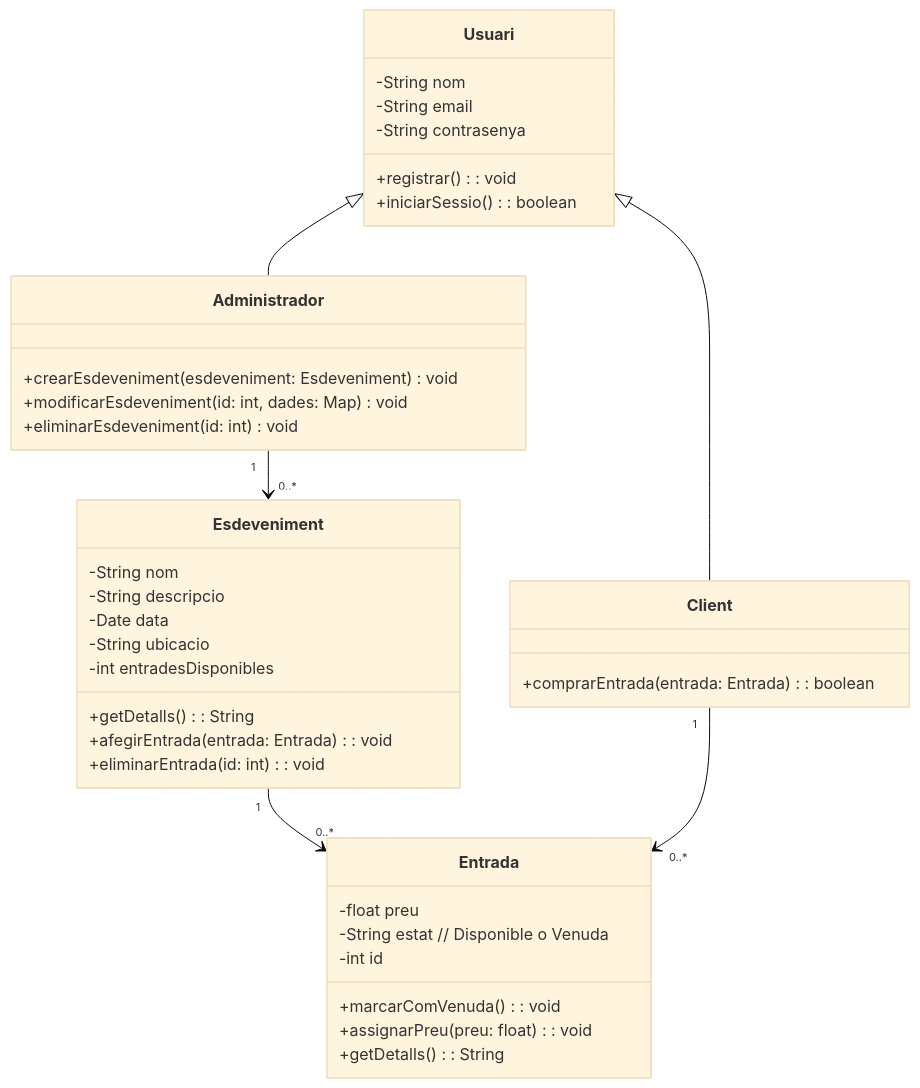
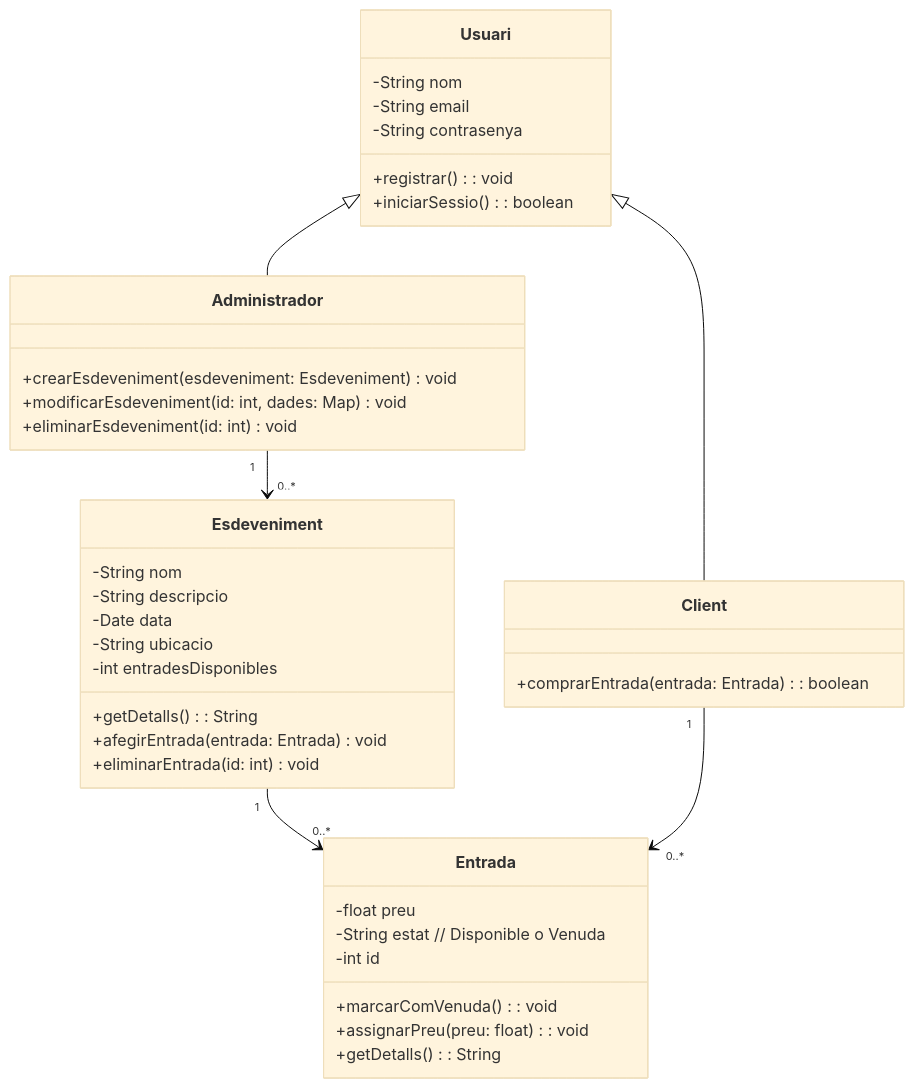
The diagram in AppGestioEntrades.mermaid (Ruben2006676/TapatApp), drawn with Mermaid (base theme) before and after one commit.

Commit message:
AppGestioEntrades.mermaid

```diff
--- a/AppGestioEntrades.mermaid
+++ b/AppGestioEntrades.mermaid
@@ -1,44 +1,44 @@
 classDiagram
     Usuari <|-- Client
     Usuari <|-- Administrador
     Esdeveniment "1" --> "0..*" Entrada
     Client "1" --> "0..*" Entrada
     Administrador "1" --> "0..*" Esdeveniment
 
     class Usuari {
         -String nom
         -String email
         -String contrasenya
         +registrar(): void
         +iniciarSessio(): boolean
     }
 
     class Client {
         +comprarEntrada(entrada: Entrada): boolean
     }
 
     class Administrador {
         +crearEsdeveniment(esdeveniment: Esdeveniment) void
         +modificarEsdeveniment(id: int, dades: Map) void
         +eliminarEsdeveniment(id: int) void
     }
 
     class Esdeveniment {
         -String nom
         -String descripcio
         -Date data
         -String ubicacio
         -int entradesDisponibles
         +getDetalls(): String
-        +afegirEntrada(entrada: Entrada): void
-        +eliminarEntrada(id: int): void
+        +afegirEntrada(entrada: Entrada) void
+        +eliminarEntrada(id: int) void
     }
 
     class Entrada {
         -float preu
         -String estat // Disponible o Venuda
         -int id
         +marcarComVenuda(): void
         +assignarPreu(preu: float): void
         +getDetalls(): String
     }
```
